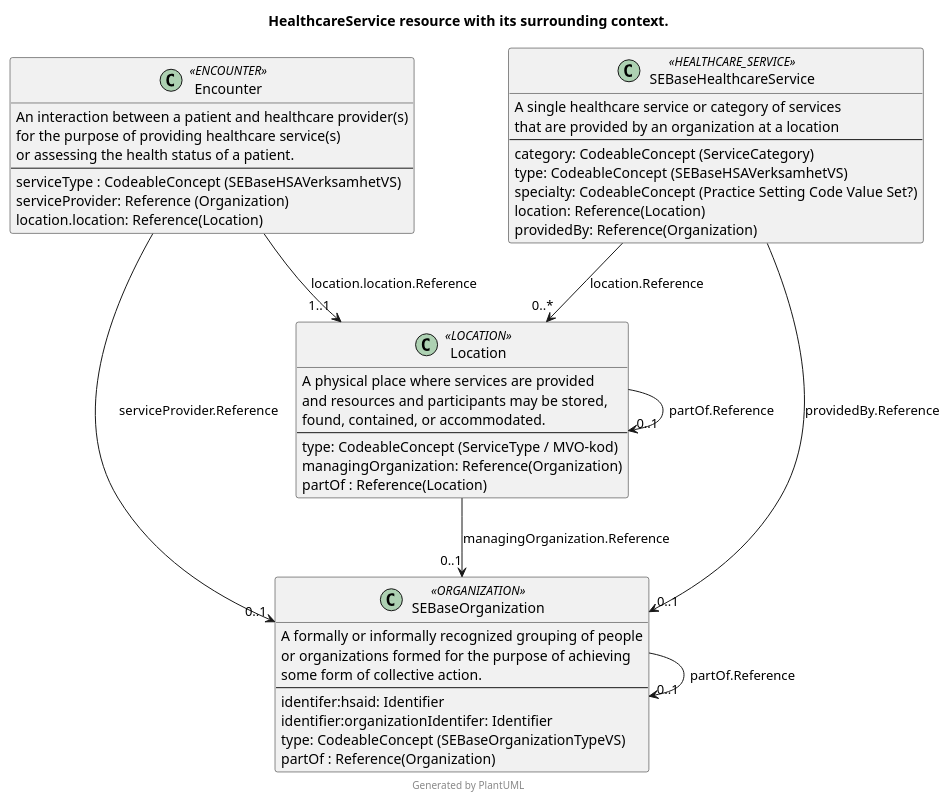
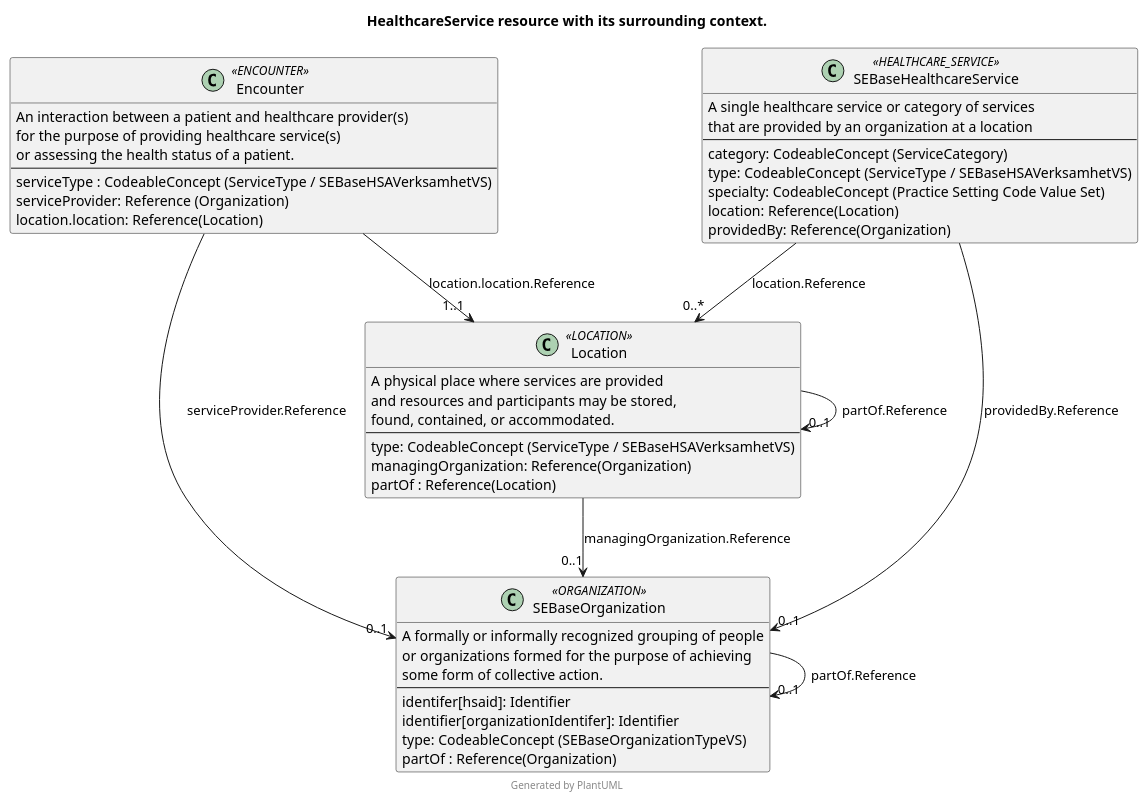
One commit to HL7Sweden/basprofiler-r4 changed the diagram in input/images-source/SEBaseHealthcareService.plantuml. Above: the diagram before and after it, drawn with PlantUML.

Commit message:
uml improvements

```diff
--- a/input/images-source/SEBaseHealthcareService.plantuml
+++ b/input/images-source/SEBaseHealthcareService.plantuml
@@ -1,59 +1,59 @@
 @startuml 
 title "HealthcareService resource with its surrounding context."
 skinparam classAttributeIconSize 0
 skinparam roundcorner 5
 
 class "Encounter" as Enc <<ENCOUNTER>> {
     An interaction between a patient and healthcare provider(s)
     for the purpose of providing healthcare service(s)
     or assessing the health status of a patient.
     ---
-    serviceType : CodeableConcept (SEBaseHSAVerksamhetVS)
+    serviceType : CodeableConcept (ServiceType / SEBaseHSAVerksamhetVS)
     serviceProvider: Reference (Organization)
     location.location: Reference(Location)
 }
 
 
 class "SEBaseOrganization" as Org <<ORGANIZATION>> {
     A formally or informally recognized grouping of people
     or organizations formed for the purpose of achieving 
     some form of collective action.
     ---
-    identifer:hsaid: Identifier
-    identifier:organizationIdentifer: Identifier
+    identifer[hsaid]: Identifier
+    identifier[organizationIdentifer]: Identifier
     type: CodeableConcept (SEBaseOrganizationTypeVS) 
     partOf : Reference(Organization)
 }
 
 class "SEBaseHealthcareService" as HSvc <<HEALTHCARE_SERVICE>> {
     A single healthcare service or category of services
     that are provided by an organization at a location
     ---
     category: CodeableConcept (ServiceCategory)
-    type: CodeableConcept (SEBaseHSAVerksamhetVS)
-    specialty: CodeableConcept (Practice Setting Code Value Set?) 
+    type: CodeableConcept (ServiceType / SEBaseHSAVerksamhetVS)
+    specialty: CodeableConcept (Practice Setting Code Value Set) 
     location: Reference(Location)
     providedBy: Reference(Organization)
 }
 
 class "Location" as Loc <<LOCATION>> {
     A physical place where services are provided 
     and resources and participants may be stored, 
     found, contained, or accommodated.
     ---
-    type: CodeableConcept (ServiceType / MVO-kod)
+    type: CodeableConcept (ServiceType / SEBaseHSAVerksamhetVS)
     managingOrganization: Reference(Organization)
     partOf : Reference(Location)
 }
 
 
 Enc --> "0..1" Org : "serviceProvider.Reference"
 HSvc --> "0..1" Org : "providedBy.Reference"
 Org --> "0..1" Org : "partOf.Reference"
 HSvc --> "0..*" Loc : "location.Reference"
 Enc --> "1..1" Loc : "location.location.Reference"
 Loc --> "0..1" Org : "managingOrganization.Reference"
 Loc --> "0..1" Loc : "partOf.Reference"
 footer Generated by PlantUML
 
 @enduml
```
